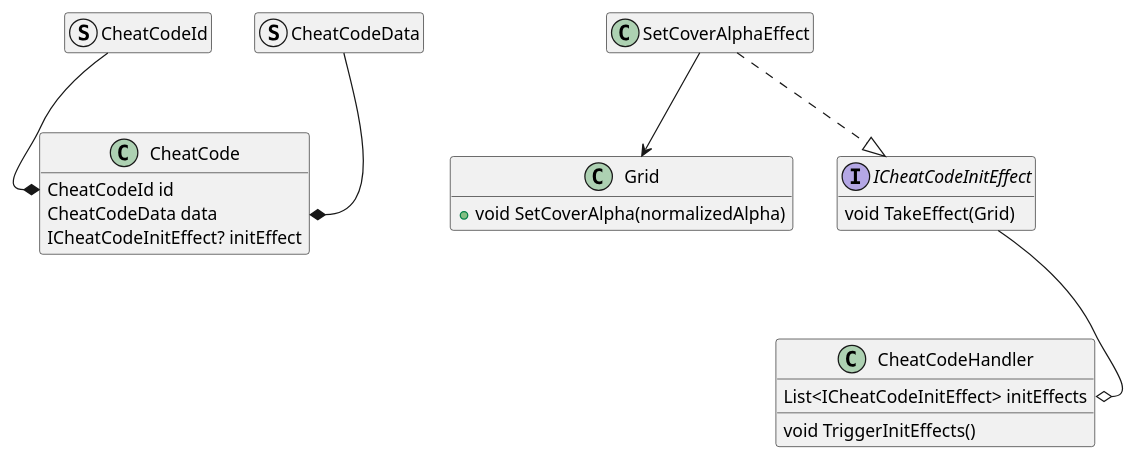
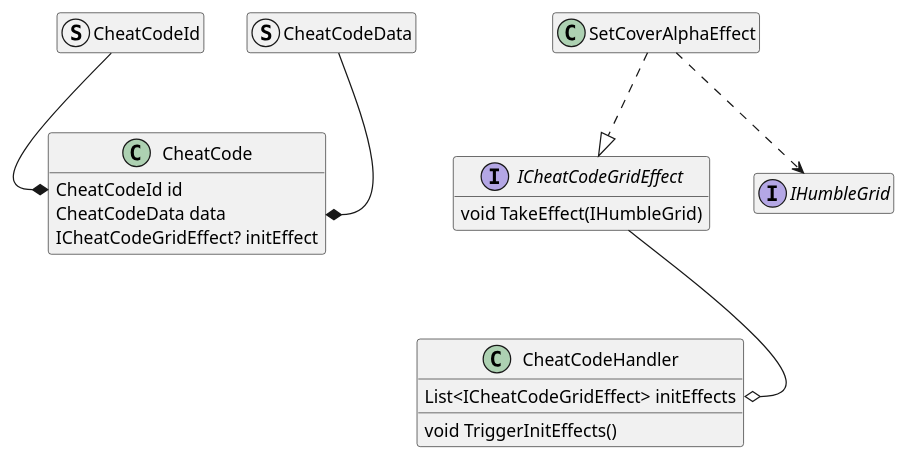
Before and after one commit to SnekTech/SnekSweeper: the diagram in src/SnekSweeper/Diagrams/cheatcode.puml, drawn with PlantUML. The commit also changed 18 other files, not shown here.

```diff
--- a/src/SnekSweeper/Diagrams/cheatcode.puml
+++ b/src/SnekSweeper/Diagrams/cheatcode.puml
@@ -1,45 +1,41 @@
 @startuml
 'https://plantuml.com/class-diagram
 
 hide empty members
 
 class CheatCode
 {
     CheatCodeId id
     CheatCodeData data
-    ICheatCodeInitEffect? initEffect
+    ICheatCodeGridEffect? initEffect
 }
 
 struct CheatCodeId
 struct CheatCodeData
 
 CheatCodeId --* CheatCode::id
 CheatCodeData --* CheatCode::data
 
-class Grid
-{
-    + void SetCoverAlpha(normalizedAlpha)
-}
-
 class CheatCodeHandler
 {
-    List<ICheatCodeInitEffect> initEffects
+    List<ICheatCodeGridEffect> initEffects
     void TriggerInitEffects()
 }
 
+ICheatCodeGridEffect --o CheatCodeHandler::initEffects
 
-ICheatCodeInitEffect --o CheatCodeHandler::initEffects
+interface ICheatCodeGridEffect
+{
+    void TakeEffect(IHumbleGrid)
+}
 
-interface ICheatCodeInitEffect
-{
-    void TakeEffect(Grid)
-}
+interface IHumbleGrid
 
 class SetCoverAlphaEffect
 
-SetCoverAlphaEffect ..|> ICheatCodeInitEffect
+SetCoverAlphaEffect ..|> ICheatCodeGridEffect
 
-SetCoverAlphaEffect --> Grid
+SetCoverAlphaEffect ..> IHumbleGrid
 
 
 @enduml
```
